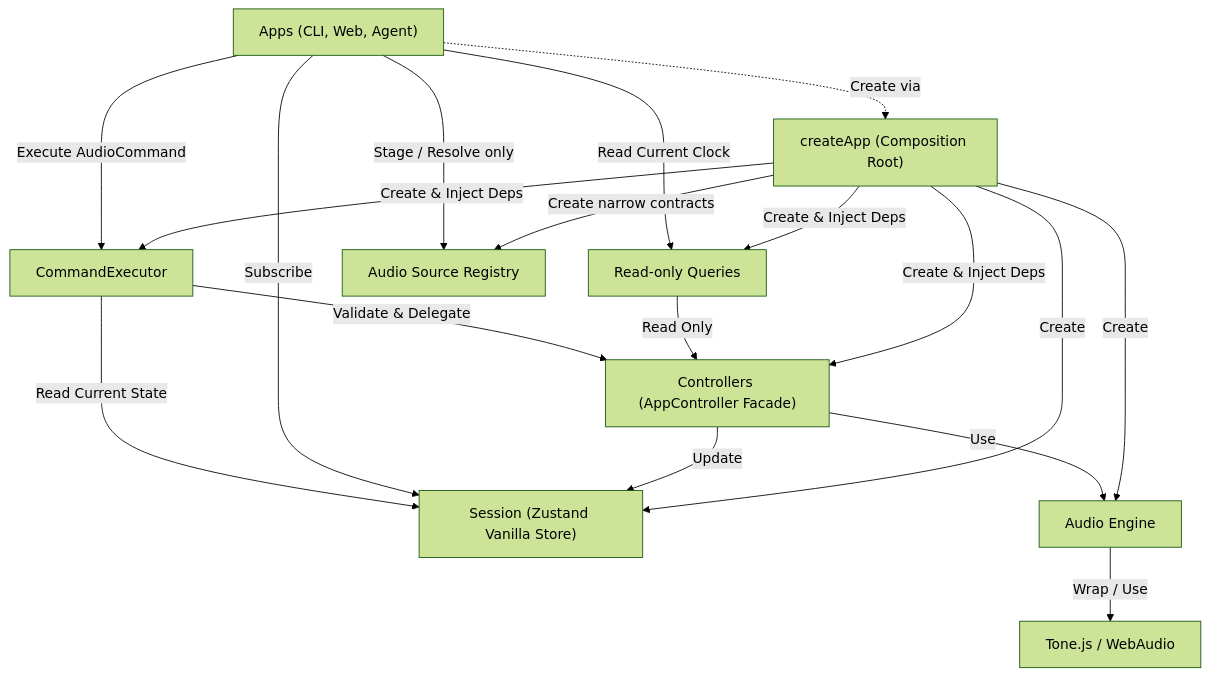
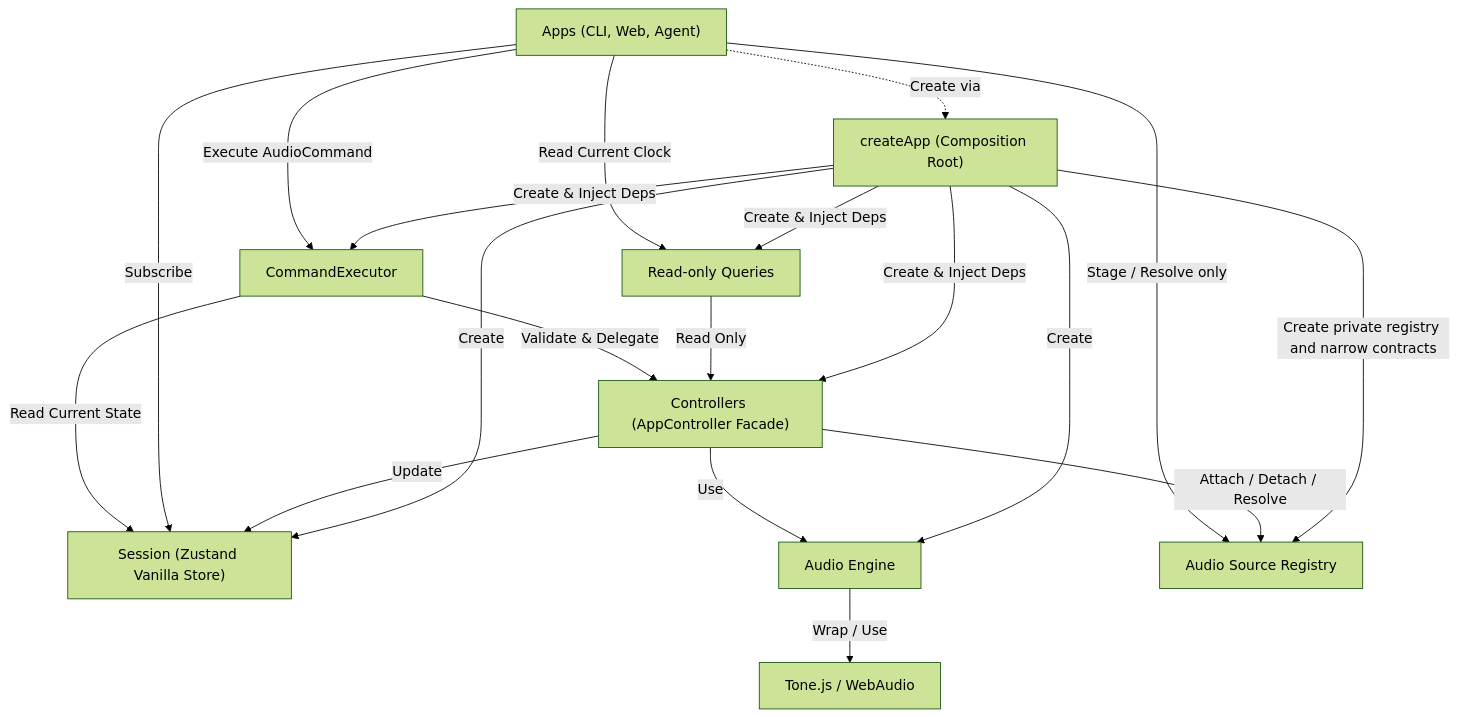
Before and after one commit to whizzkid1452/drop-ai: the diagram in src/layers/architecture.md, drawn with Mermaid (forest theme). The commit also changed other lines of this file and 28 other files, not shown here.

````diff
--- a/src/layers/architecture.md
+++ b/src/layers/architecture.md
@@ -88,33 +117,34 @@
 ```mermaid
 graph TD
     Apps["Apps (CLI, Web, Agent)"]
     Commands["CommandExecutor"]
     Queries["Read-only Queries"]
     Controllers["Controllers (AppController Facade)"]
     Session["Session (Zustand Vanilla Store)"]
     AudioEngine["Audio Engine"]
     AudioSourceRegistry["Audio Source Registry"]
     ToneJS["Tone.js / WebAudio"]
     CreateApp["createApp (Composition Root)"]
 
     Apps -->|Execute AudioCommand| Commands
     Apps -->|Read Current Clock| Queries
     Commands -->|Validate & Delegate| Controllers
     Commands -->|Read Current State| Session
     Apps -->|Subscribe| Session
     Apps -.->|Create via| CreateApp
     Apps -->|Stage / Resolve only| AudioSourceRegistry
 
     Controllers -->|Use| AudioEngine
+    Controllers -->|Attach / Detach / Resolve| AudioSourceRegistry
     Controllers -->|Update| Session
     Queries -->|Read Only| Controllers
 
     AudioEngine -->|Wrap / Use| ToneJS
 
     CreateApp -->|Create| AudioEngine
-    CreateApp -->|Create narrow contracts| AudioSourceRegistry
+    CreateApp -->|Create private registry and narrow contracts| AudioSourceRegistry
     CreateApp -->|Create| Session
     CreateApp -->|Create & Inject Deps| Controllers
     CreateApp -->|Create & Inject Deps| Commands
     CreateApp -->|Create & Inject Deps| Queries
 ```
````
